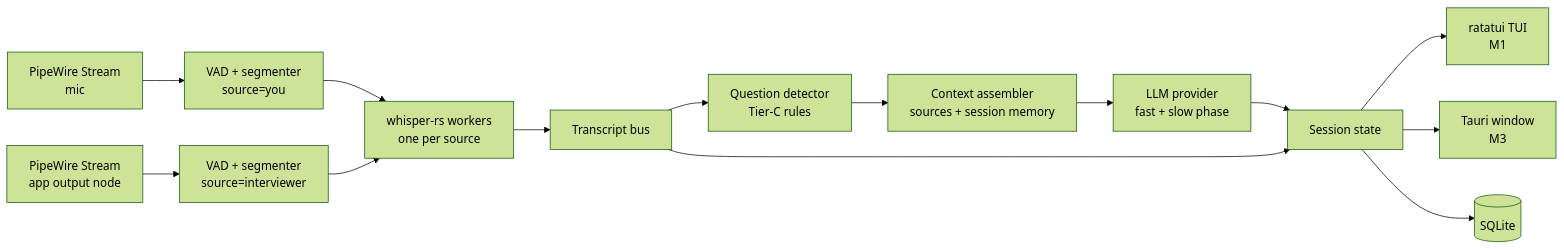
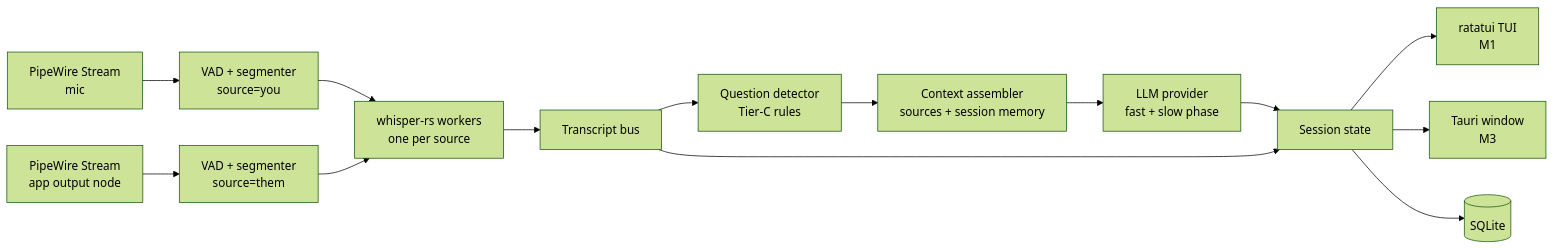
The diagram in docs/SPEC.md (njdaniel/daemon), drawn with Mermaid (forest theme) before and after one commit. The commit also changed other lines of this file and 202 other files, not shown here.

First line of the commit message:
#128: the other person is "Them", not "Interviewer" — transcript, config, CLI, session JSON and store, old name still accepted (#129)

````diff
--- a/docs/SPEC.md
+++ b/docs/SPEC.md
@@ -51,16 +51,16 @@
 ```mermaid
 flowchart LR
   MIC[PipeWire Stream<br/>mic] --> SEG1[VAD + segmenter<br/>source=you]
-  SYS[PipeWire Stream<br/>app output node] --> SEG2[VAD + segmenter<br/>source=interviewer]
+  SYS[PipeWire Stream<br/>app output node] --> SEG2[VAD + segmenter<br/>source=them]
   SEG1 --> STT[whisper-rs workers<br/>one per source]
   SEG2 --> STT
   STT --> BUS[Transcript bus]
   BUS --> DET[Question detector<br/>Tier-C rules]
   DET --> CTX[Context assembler<br/>sources + session memory]
   CTX --> LLM[LLM provider<br/>fast + slow phase]
   LLM --> STATE[Session state]
   BUS --> STATE
   STATE --> TUI[ratatui TUI<br/>M1]
   STATE --> GUI[Tauri window<br/>M3]
   STATE --> DB[(SQLite)]
 ```
````
